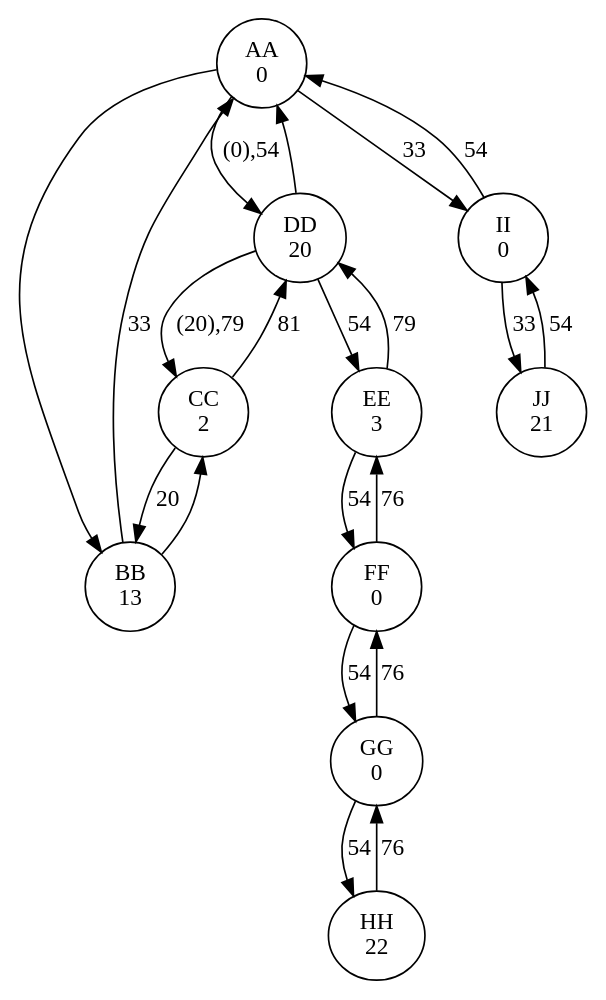
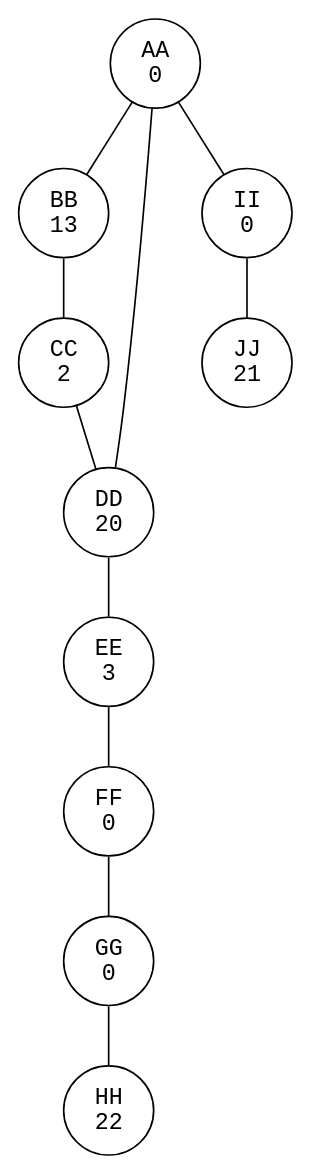
One commit to ToF-/AoC22C changed the diagram in day16/graph_sample.gv. Above: the diagram before and after it, drawn with Graphviz.

Commit message:
improved graph

```diff
--- a/day16/graph_sample.gv
+++ b/day16/graph_sample.gv
@@ -1,24 +1,24 @@
-digraph {
-    "AA\n0" -> "DD\n20" [label="(0),54"]
-    "AA\n0" -> "II\n0"  [label="33"] 
-    "AA\n0" -> "BB\n13" 
-    "BB\n13" -> "CC\n2" 
-    "BB\n13" -> "AA\n0" [label="33"]
-    "CC\n2" -> "DD\n20" [label="81"]
-    "CC\n2" -> "BB\n13" [label="20"]
-    "DD\n20" -> "CC\n2" [label="(20),79"]
-    "DD\n20" -> "AA\n0"
-    "DD\n20" -> "EE\n3" [label="54"]
-    "EE\n3" -> "FF\n0"  [label="54"]
-    "EE\n3" -> "DD\n20" [label="79"]
-    "FF\n0" -> "EE\n3" [label="76"]
-    "FF\n0" -> "GG\n0" [label="54"]
-    "GG\n0" -> "FF\n0" [label="76"]
-    "GG\n0" -> "HH\n22" [label="54"]
-    "HH\n22" -> "GG\n0" [label="76"]
-    "II\n0" -> "AA\n0"  [label="54"]
-    "II\n0" -> "JJ\n21" [label="33"]
-    "JJ\n21" -> "II\n0" [label="54"]
+graph {
+    "AA\n0" [fontname="Courier New"]
+    "BB\n13" [fontname="Courier New"]
+    "CC\n2" [fontname="Courier New"]
+    "DD\n20" [fontname="Courier New"]
+    "EE\n3" [fontname="Courier New"]
+    "FF\n0" [fontname="Courier New"]
+    "GG\n0" [fontname="Courier New"]
+    "HH\n22" [fontname="Courier New"]
+    "II\n0" [fontname="Courier New"]
+    "JJ\n21" [fontname="Courier New"]
+    "AA\n0" -- "DD\n20"
+    "AA\n0" -- "II\n0" 
+    "AA\n0" -- "BB\n13" 
+    "BB\n13" -- "CC\n2" 
+    "CC\n2" -- "DD\n20"
+    "DD\n20" -- "EE\n3"
+    "EE\n3" -- "FF\n0" 
+    "FF\n0" -- "GG\n0"
+    "GG\n0" -- "HH\n22"
+    "II\n0" -- "JJ\n21"
 
 
 }
```
